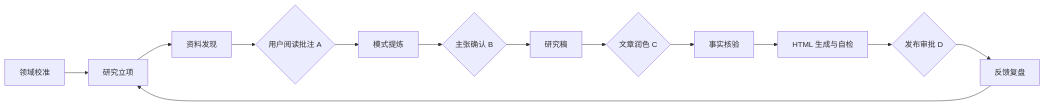
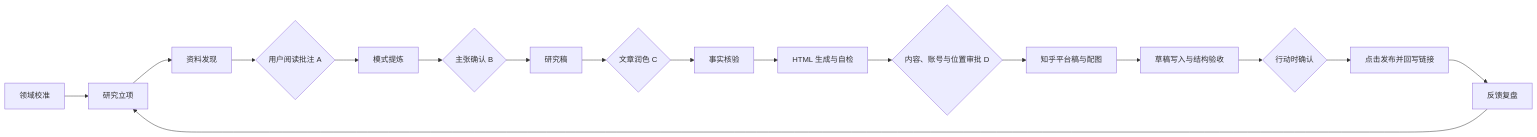
One commit to Wlx682/AI-Work-Kit changed the diagram in .cursor/skills/pattern-insight-workflow/references/method.md. Above: the diagram before and after it, drawn with Mermaid. The commit also changed other lines of this file and 20 other files, not shown here.

````diff
--- a/.cursor/skills/pattern-insight-workflow/references/method.md
+++ b/.cursor/skills/pattern-insight-workflow/references/method.md
@@ -5,14 +5,18 @@
 ```mermaid
 flowchart LR
   A[领域校准] --> B[研究立项] --> C[资料发现]
   C --> D{用户阅读批注 A}
   D --> E[模式提炼]
   E --> F{主张确认 B}
   F --> G[研究稿]
   G --> H{文章润色 C}
   H --> I[事实核验]
   I --> J[HTML 生成与自检]
-  J --> K{发布审批 D}
-  K --> L[反馈复盘]
+  J --> K{内容、账号与位置审批 D}
+  K --> M[知乎平台稿与配图]
+  M --> N[草稿写入与结构验收]
+  N --> O{行动时确认}
+  O --> P[点击发布并回写链接]
+  P --> L[反馈复盘]
   L --> B
 ```
````
